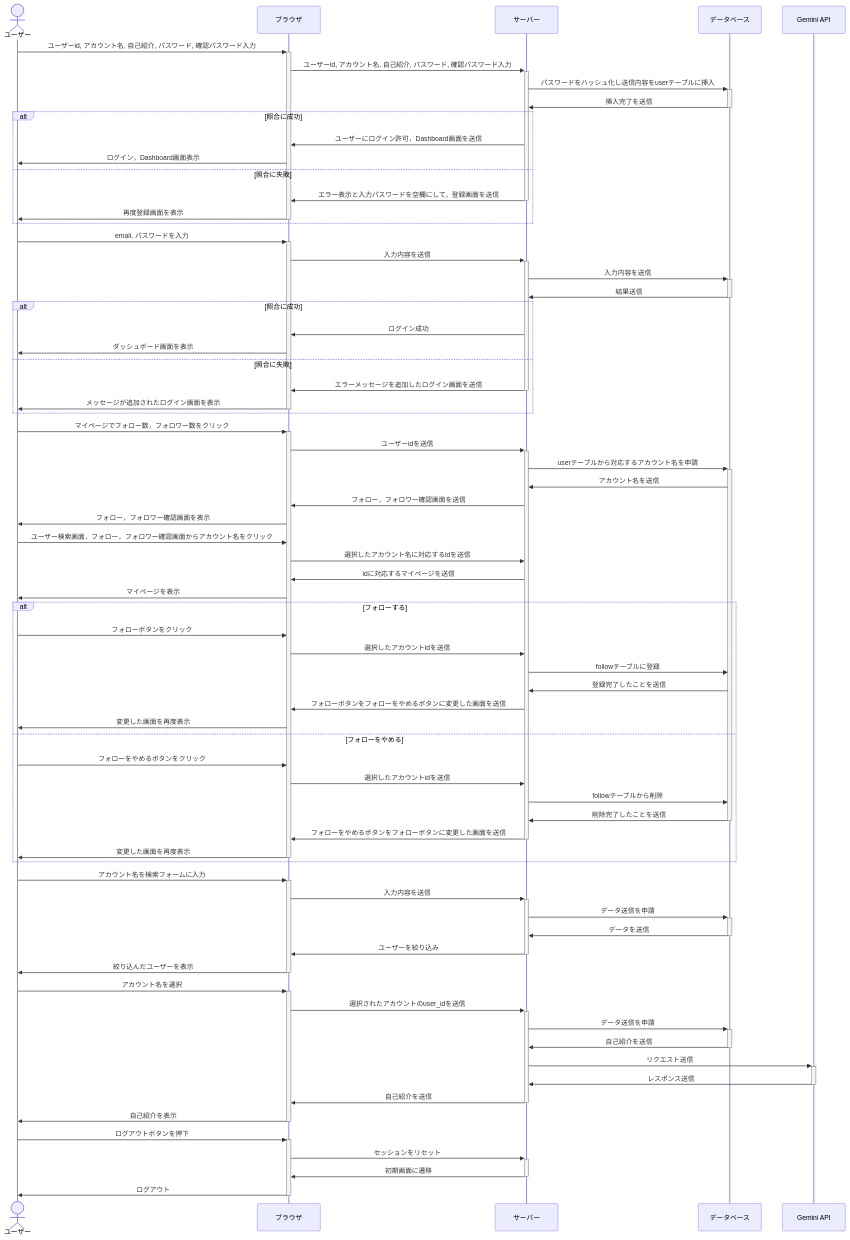
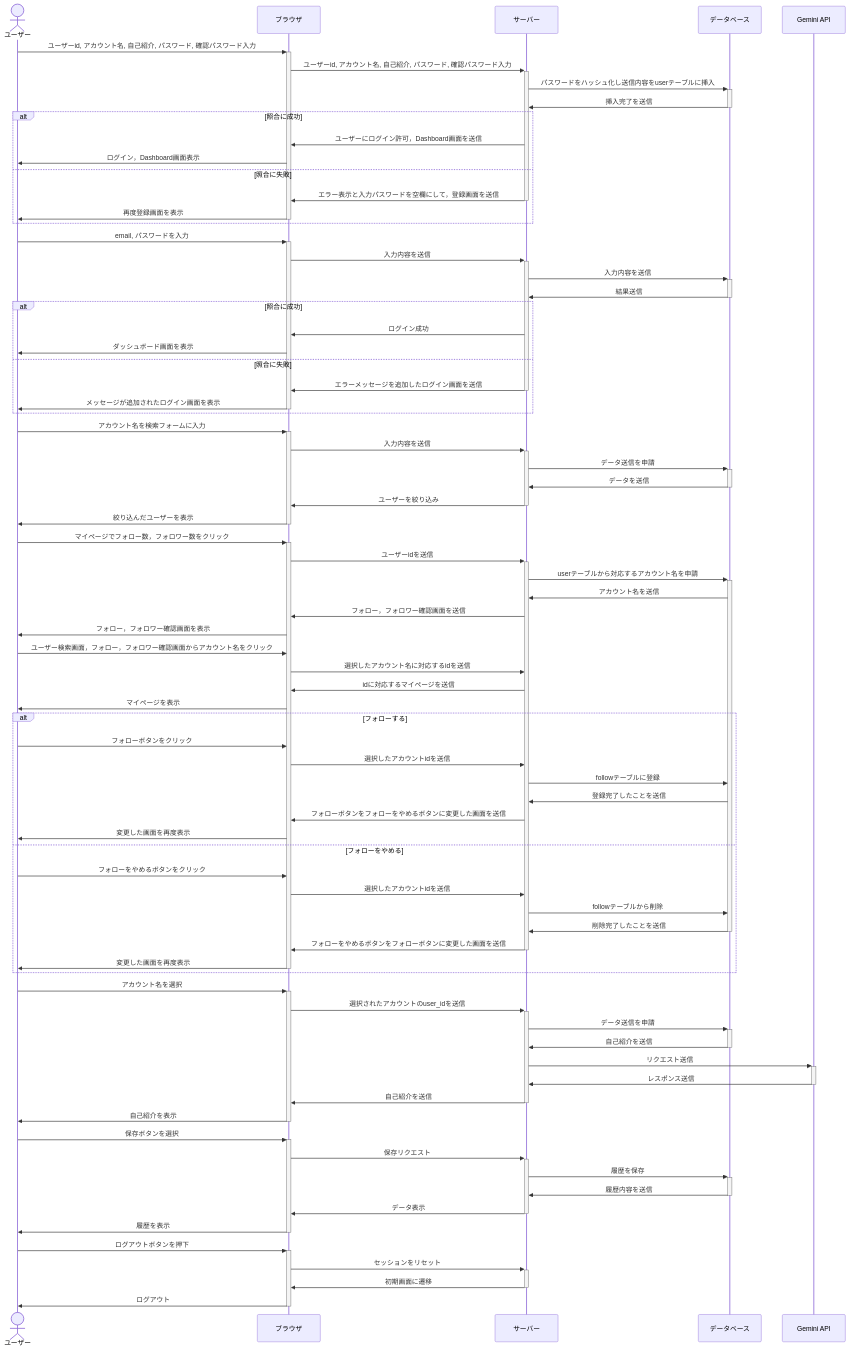
One commit to KakoiTaiyo/TalkDeck changed the diagram in README.md. Above: the diagram before and after it, drawn with Mermaid. The commit also changed 1 other file, not shown here.

Commit message:
UIとシーケンス図の修正

```diff
--- a/README.md
+++ b/README.md
@@ -64,6 +64,13 @@
     ブラウザ->>-ユーザー: メッセージが追加されたログイン画面を表示
     end
 
+    ユーザー->>+ブラウザ: アカウント名を検索フォームに入力
+    ブラウザ->>+サーバー: 入力内容を送信
+    サーバー->>+データベース: データ送信を申請
+    データベース->>-サーバー: データを送信
+    サーバー->>-ブラウザ: ユーザーを絞り込み
+    ブラウザ->>-ユーザー: 絞り込んだユーザーを表示
+
     ユーザー->>+ブラウザ: マイページでフォロー数，フォロワー数をクリック
     ブラウザ->>+サーバー: ユーザーidを送信
     サーバー->>+データベース: userテーブルから対応するアカウント名を申請
@@ -91,13 +98,6 @@
     ブラウザ->>-ユーザー: 変更した画面を再度表示
     end
 
-    ユーザー->>+ブラウザ: アカウント名を検索フォームに入力
-    ブラウザ->>+サーバー: 入力内容を送信
-    サーバー->>+データベース: データ送信を申請
-    データベース->>-サーバー: データを送信
-    サーバー->>-ブラウザ: ユーザーを絞り込み
-    ブラウザ->>-ユーザー: 絞り込んだユーザーを表示
-
     ユーザー->>+ブラウザ: アカウント名を選択
     ブラウザ->>+サーバー: 選択されたアカウントのuser_idを送信
     サーバー->>+データベース: データ送信を申請
@@ -107,6 +107,13 @@
     サーバー->>-ブラウザ: 自己紹介を送信
     ブラウザ->>-ユーザー: 自己紹介を表示
 
+    ユーザー->>+ブラウザ: 保存ボタンを選択
+    ブラウザ->>+サーバー: 保存リクエスト
+    サーバー->>+データベース: 履歴を保存
+    データベース->>-サーバー: 履歴内容を送信
+    サーバー->>-ブラウザ: データ表示
+    ブラウザ->>-ユーザー: 履歴を表示
+
     ユーザー->>+ブラウザ: ログアウトボタンを押下
     ブラウザ->>+サーバー: セッションをリセット
     サーバー->>-ブラウザ: 初期画面に遷移
```
